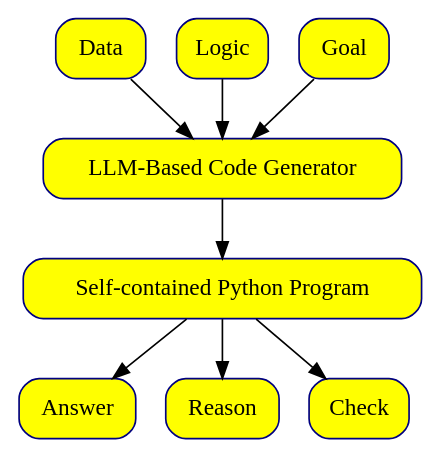
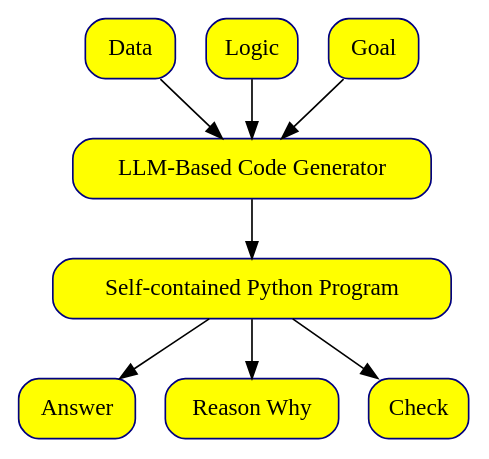
One commit to eyereasoner/eye changed the diagram in teaching/images/EYE-teaching.dot. Above: the diagram before and after it, drawn with Graphviz. The commit also changed 1 other file, not shown here.

```diff
--- a/teaching/images/EYE-teaching.dot
+++ b/teaching/images/EYE-teaching.dot
@@ -1,18 +1,18 @@
 digraph {
 	bgcolor=white fontname=Helvetica rankdir=TB
 	Data [label=Data color=navy fillcolor=yellow shape=box style="rounded,filled"]
 	Logic [label=Logic color=navy fillcolor=yellow shape=box style="rounded,filled"]
 	Goal [label=Goal color=navy fillcolor=yellow shape=box style="rounded,filled"]
 	LLM [label="LLM-Based Code Generator" color=navy fillcolor=yellow shape=box style="rounded,filled"]
 	Python [label="Self-contained Python Program" color=navy fillcolor=yellow shape=box style="rounded,filled"]
 	Answer [label=Answer color=navy fillcolor=yellow shape=box style="rounded,filled"]
 	Python -> Answer
-	Reason [label=Reason color=navy fillcolor=yellow shape=box style="rounded,filled"]
+	Reason [label="Reason Why" color=navy fillcolor=yellow shape=box style="rounded,filled"]
 	Python -> Reason
 	Check [label=Check color=navy fillcolor=yellow shape=box style="rounded,filled"]
 	Python -> Check
 	Data -> LLM
 	Logic -> LLM
 	Goal -> LLM
 	LLM -> Python
 }
```
